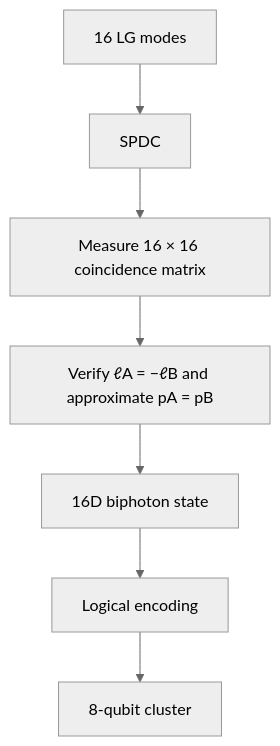
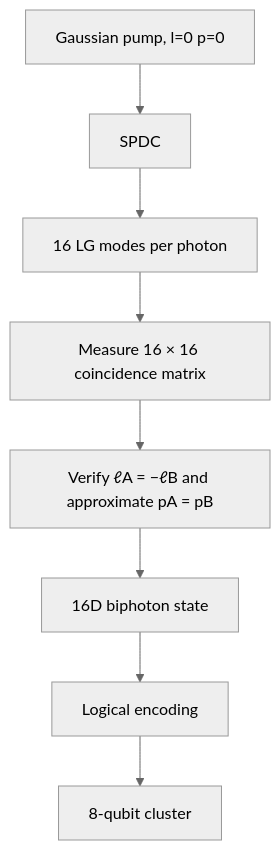
Before and after one commit to FatCharlie/DiscoBox: the diagram in README.md, drawn with Mermaid (neutral theme). The commit also changed other lines of this file, not shown here.

````diff
--- a/README.md
+++ b/README.md
@@ -135,9 +135,10 @@
 ```mermaid
 flowchart TD
-    A[16 LG modes] --> B[SPDC]
-    B --> C[Measure 16 × 16 coincidence matrix]
-    C --> D[Verify ℓA = −ℓB and approximate pA = pB]
-    D --> E[16D biphoton state]
-    E --> F[Logical encoding]
-    F --> G[8-qubit cluster]
+    A[Gaussian pump, l=0 p=0] --> B[SPDC]
+    B --> C[16 LG modes per photon]
+    C --> D[Measure 16 × 16 coincidence matrix]
+    D --> E[Verify ℓA = −ℓB and approximate pA = pB]
+    E --> F[16D biphoton state]
+    F --> G[Logical encoding]
+    G --> H[8-qubit cluster]
 ```
````
